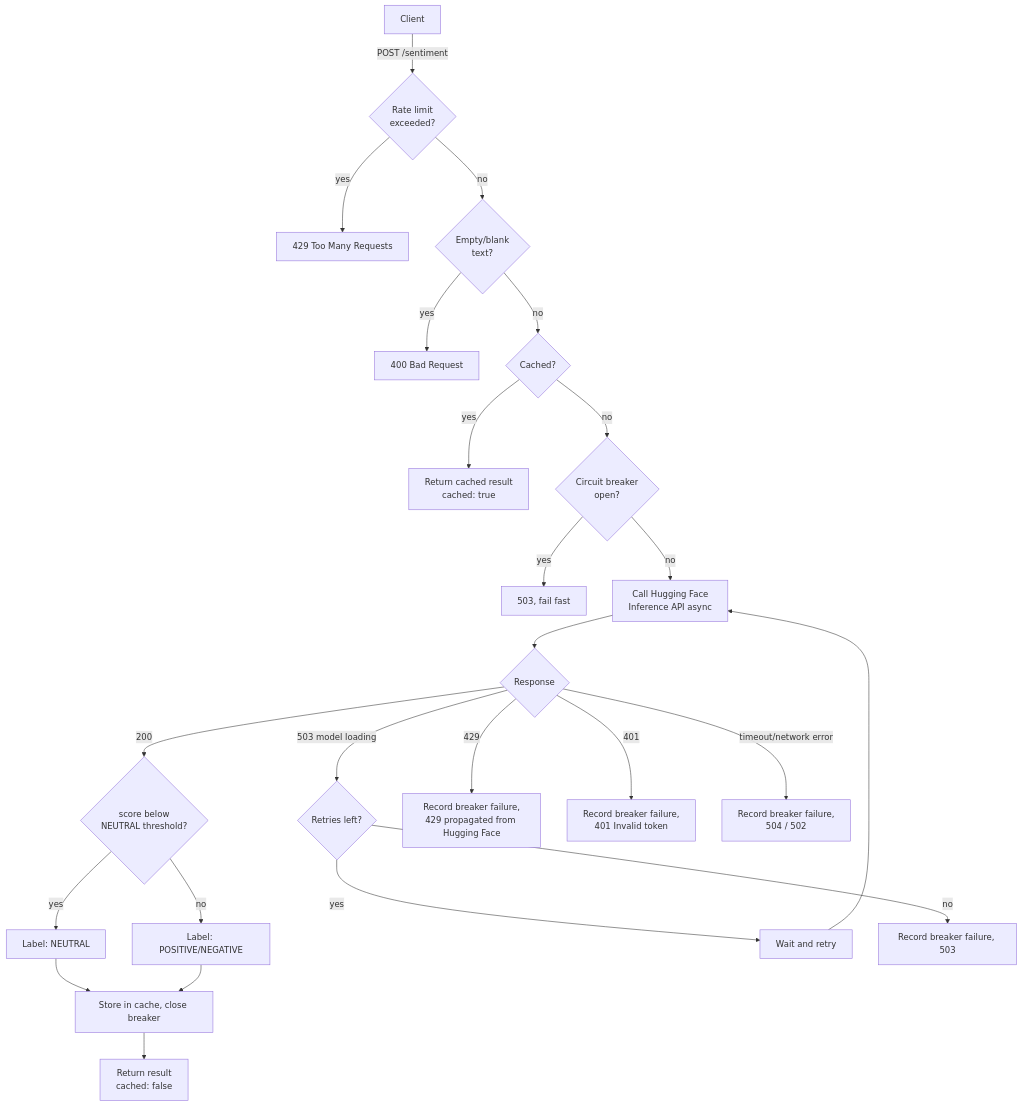
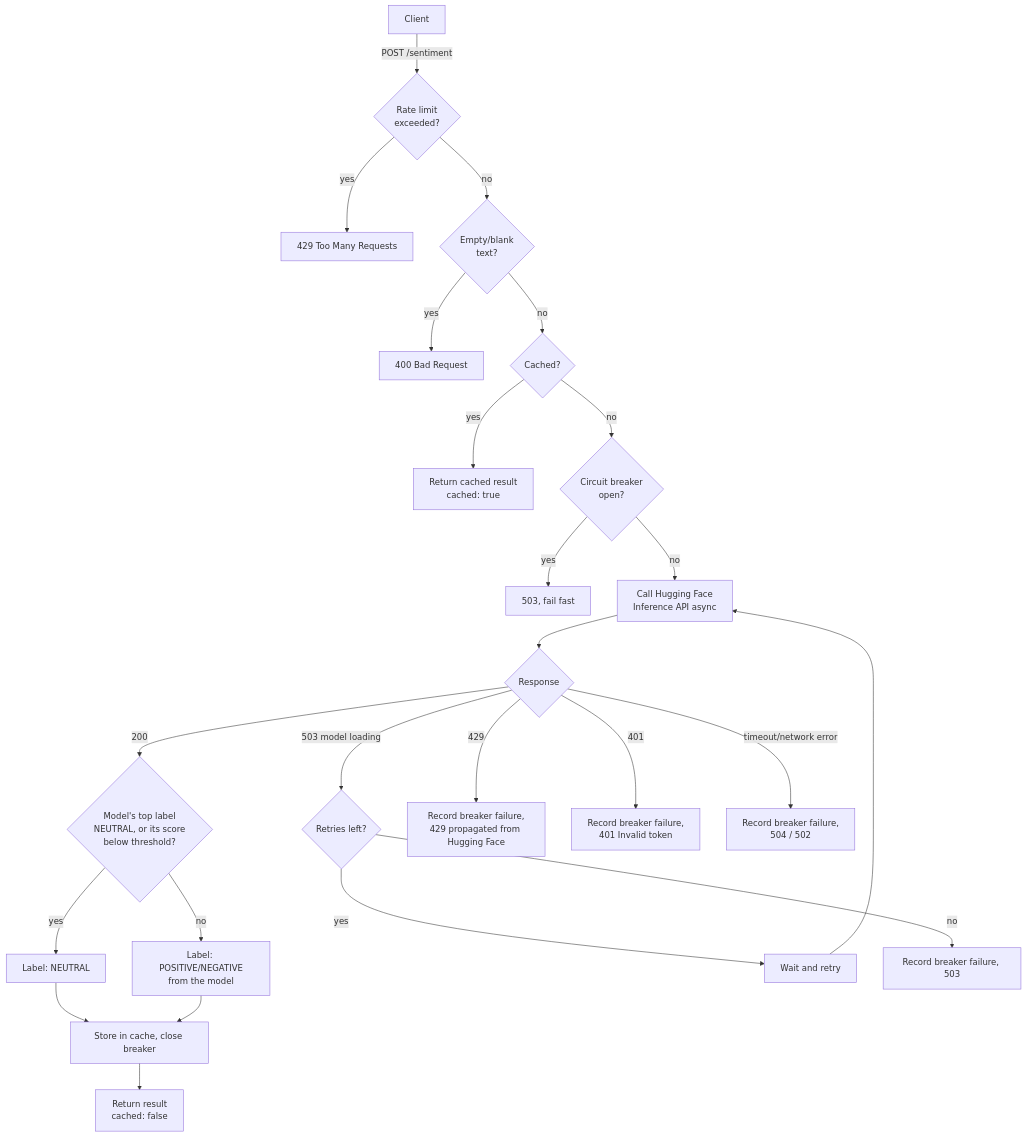
One commit to ricardomb-tech/reto-02 changed the diagram in README.md. Above: the diagram before and after it, drawn with Mermaid. The commit also changed other lines of this file and 19 other files, not shown here.

````diff
--- a/README.md
+++ b/README.md
@@ -83,26 +96,26 @@
 ```mermaid
 flowchart TD
     A[Client] -->|POST /sentiment| B{Rate limit<br/>exceeded?}
     B -- yes --> C[429 Too Many Requests]
     B -- no --> D{Empty/blank<br/>text?}
     D -- yes --> E[400 Bad Request]
     D -- no --> F{Cached?}
     F -- yes --> G[Return cached result<br/>cached: true]
     F -- no --> BR{Circuit breaker<br/>open?}
     BR -- yes --> BO[503, fail fast]
     BR -- no --> H[Call Hugging Face<br/>Inference API async]
     H --> I{Response}
-    I -- 200 --> S{score below<br/>NEUTRAL threshold?}
+    I -- 200 --> S{Model's top label<br/>NEUTRAL, or its score<br/>below threshold?}
     S -- yes --> N1[Label: NEUTRAL]
-    S -- no --> N2[Label: POSITIVE/NEGATIVE]
+    S -- no --> N2[Label: POSITIVE/NEGATIVE<br/>from the model]
     N1 --> J[Store in cache, close breaker]
     N2 --> J
     J --> K[Return result<br/>cached: false]
     I -- 503 model loading --> L{Retries left?}
     L -- yes --> M[Wait and retry]
     M --> H
     L -- no --> N[Record breaker failure, 503]
     I -- 429 --> O[Record breaker failure,<br/>429 propagated from Hugging Face]
     I -- 401 --> P[Record breaker failure,<br/>401 Invalid token]
     I -- timeout/network error --> Q[Record breaker failure,<br/>504 / 502]
 ```
````
